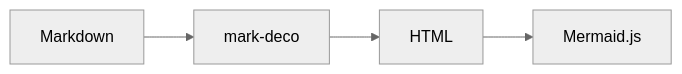
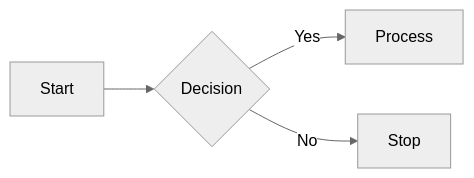
Before and after one commit to kekyo/a-terra-forge: the diagram in demo/docs/hello/rich-demo.md, drawn with Mermaid (neutral theme). The commit also changed 22 other files, not shown here.

````diff
--- a/demo/docs/hello/rich-demo.md
+++ b/demo/docs/hello/rich-demo.md
@@ -49,6 +49,6 @@
 ```mermaid
 flowchart LR
-  A[Markdown] --> B[mark-deco]
-  B --> C[HTML]
-  C --> D[Mermaid.js]
+  A[Start] --> B{Decision}
+  B -->|Yes| C[Process]
+  B -->|No| D[Stop]
 ```
````
